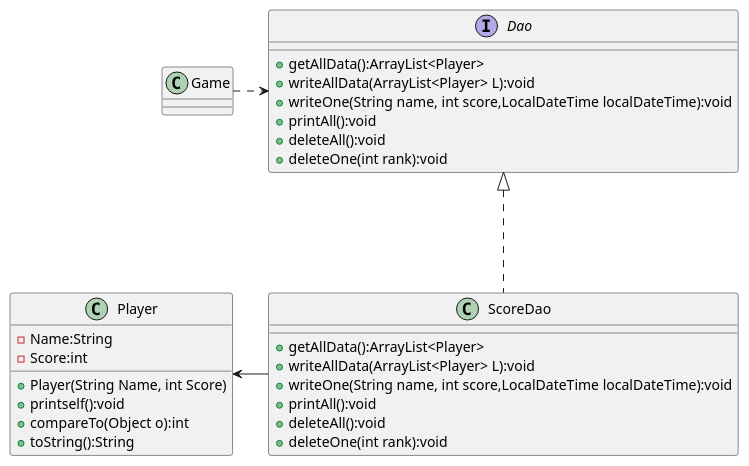
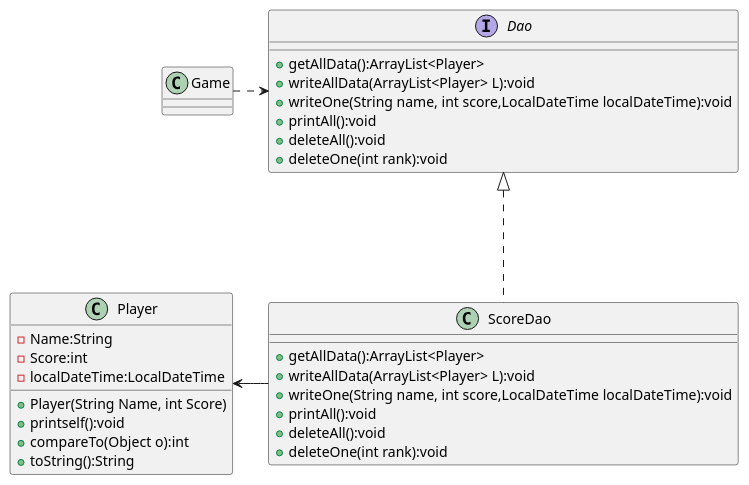
The diagram in uml/Dao.puml (HITlgw/AircraftWar-base), drawn with PlantUML before and after one commit. The commit also changed 2 other files, not shown here.

```diff
--- a/uml/Dao.puml
+++ b/uml/Dao.puml
@@ -1,37 +1,38 @@
 @startuml
 'https://plantuml.com/class-diagram
 
 interface Dao {
     + getAllData():ArrayList<Player>
     + writeAllData(ArrayList<Player> L):void
     + writeOne(String name, int score,LocalDateTime localDateTime):void
     + printAll():void
     + deleteAll():void
     + deleteOne(int rank):void
 }
 Dao <|... ScoreDao
 class ScoreDao{
     + getAllData():ArrayList<Player>
     + writeAllData(ArrayList<Player> L):void
     + writeOne(String name, int score,LocalDateTime localDateTime):void
     + printAll():void
     + deleteAll():void
     + deleteOne(int rank):void
 }
 class Player
 {
     - Name:String
     - Score:int
+    - localDateTime:LocalDateTime
     + Player(String Name, int Score)
     + printself():void
     + compareTo(Object o):int
     + toString():String
 
 }
 ScoreDao -left-> Player
 class Game
 {
 }
 Game ..right.> Dao
 
 @enduml
```
